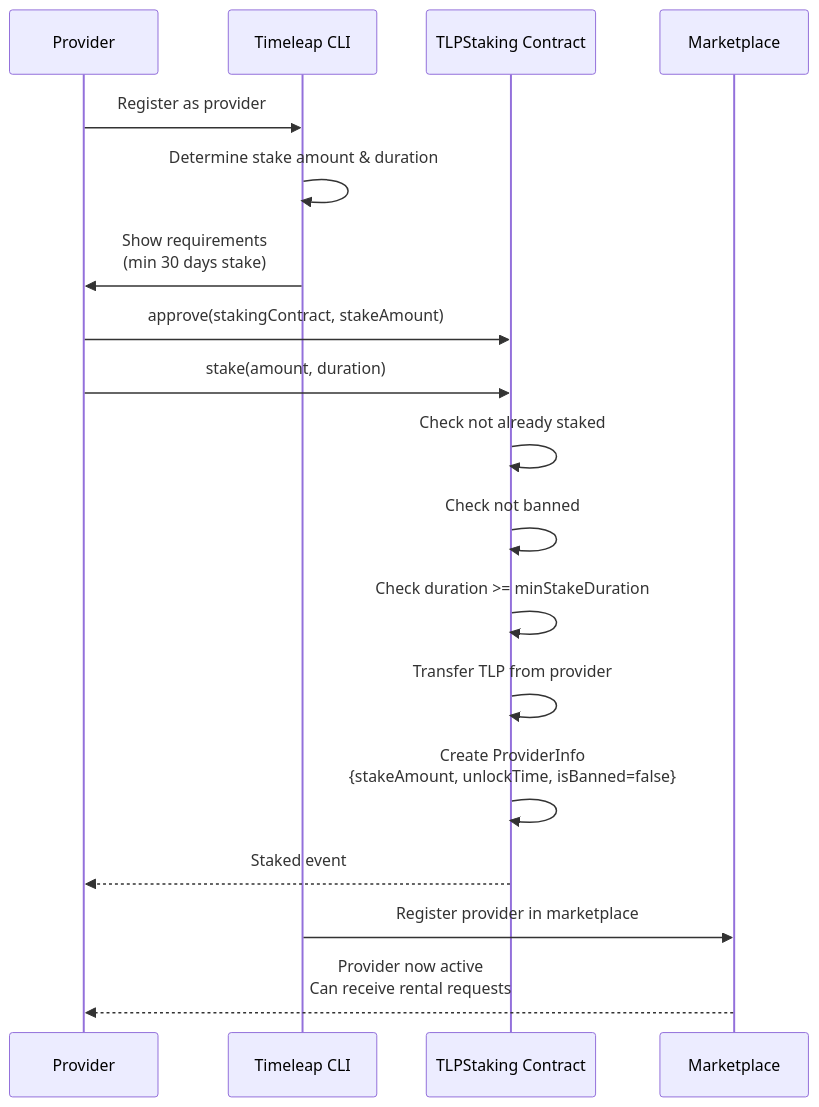
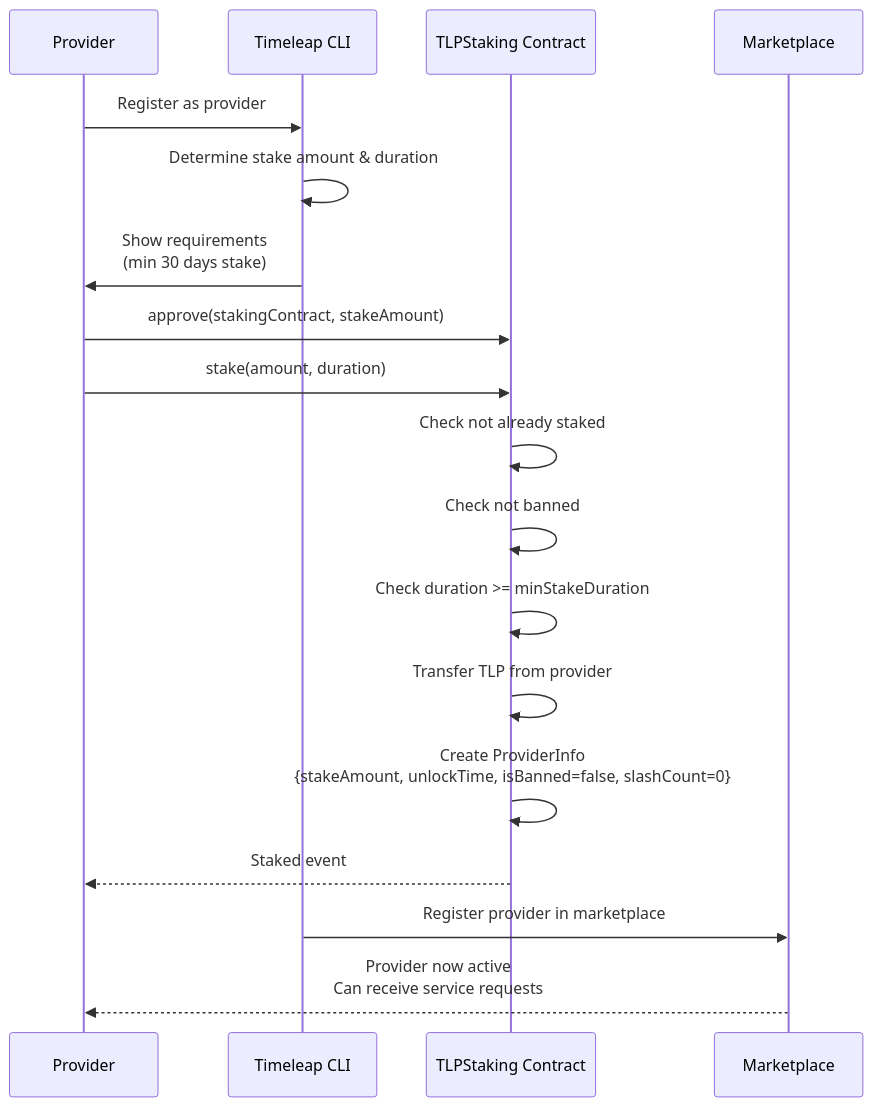
The third of 10 diagrams in docs/flowcharts.md (TimeleapLabs/tlp-contracts), drawn with Mermaid before and after one commit. The commit also changed other lines of this file and 10 other files, not shown here.

First line of the commit message:
Simplify TLPStaking to pool-based escrow architecture

````diff
--- a/docs/flowcharts.md
+++ b/docs/flowcharts.md
@@ -55,24 +67,24 @@
 ```mermaid
 sequenceDiagram
     participant Provider
     participant CLI as Timeleap CLI
     participant Contract as TLPStaking Contract
     participant Marketplace
 
     Provider->>CLI: Register as provider
     CLI->>CLI: Determine stake amount & duration
     CLI->>Provider: Show requirements<br/>(min 30 days stake)
 
     Provider->>Contract: approve(stakingContract, stakeAmount)
     Provider->>Contract: stake(amount, duration)
 
     Contract->>Contract: Check not already staked
     Contract->>Contract: Check not banned
     Contract->>Contract: Check duration >= minStakeDuration
     Contract->>Contract: Transfer TLP from provider
-    Contract->>Contract: Create ProviderInfo<br/>{stakeAmount, unlockTime, isBanned=false}
+    Contract->>Contract: Create ProviderInfo<br/>{stakeAmount, unlockTime, isBanned=false, slashCount=0}
     Contract-->>Provider: Staked event
 
     CLI->>Marketplace: Register provider in marketplace
-    Marketplace-->>Provider: Provider now active<br/>Can receive rental requests
+    Marketplace-->>Provider: Provider now active<br/>Can receive service requests
 ```
````
